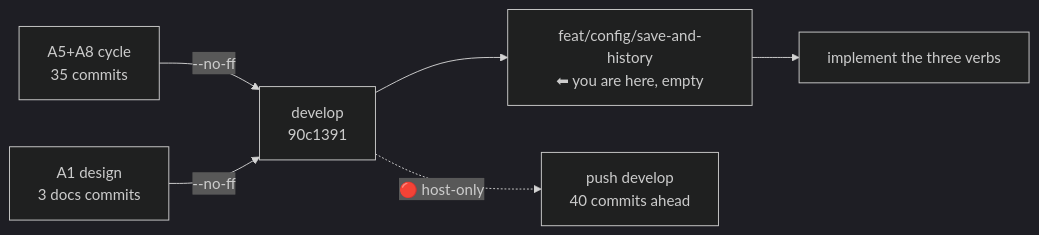
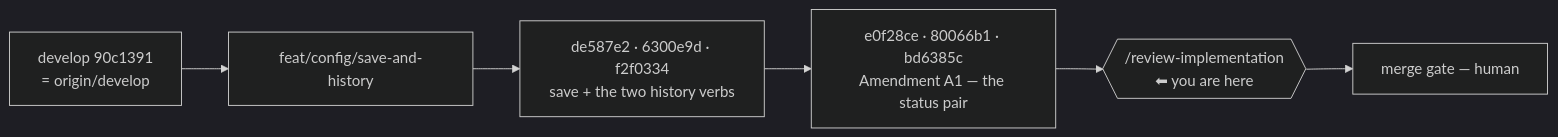
Before and after one commit to alergyonthestage/claude-orchestrator: the diagram in docs/maintainers/handoff.md, drawn with Mermaid (dark theme). The commit also changed other lines of this file and 1 other file, not shown here.

First line of the commit message:
docs(handoff): close A1's acceptance lane and hand the branch to the review

````diff
--- a/docs/maintainers/handoff.md
+++ b/docs/maintainers/handoff.md
@@ -23,8 +17,8 @@
 ```mermaid
 flowchart LR
-    SWG["A5+A8 cycle<br/>35 commits"] -->|"--no-ff"| DEV["develop<br/>90c1391"]
-    PS["A1 design<br/>3 docs commits"] -->|"--no-ff"| DEV
-    DEV --> NB["feat/config/save-and-history<br/>⬅ you are here, empty"]
-    DEV -.->|"🔴 host-only"| PUSH["push develop<br/>40 commits ahead"]
-    NB --> IMPL["implement the three verbs"]
+    DEV["develop 90c1391<br/>= origin/develop"] --> B["feat/config/save-and-history"]
+    B --> C1["de587e2 · 6300e9d · f2f0334<br/>save + the two history verbs"]
+    C1 --> C2["e0f28ce · 80066b1 · bd6385c<br/>Amendment A1 — the status pair"]
+    C2 --> R{{"/review-implementation<br/>⬅ you are here"}}
+    R --> M["merge gate — human"]
 ```
````
